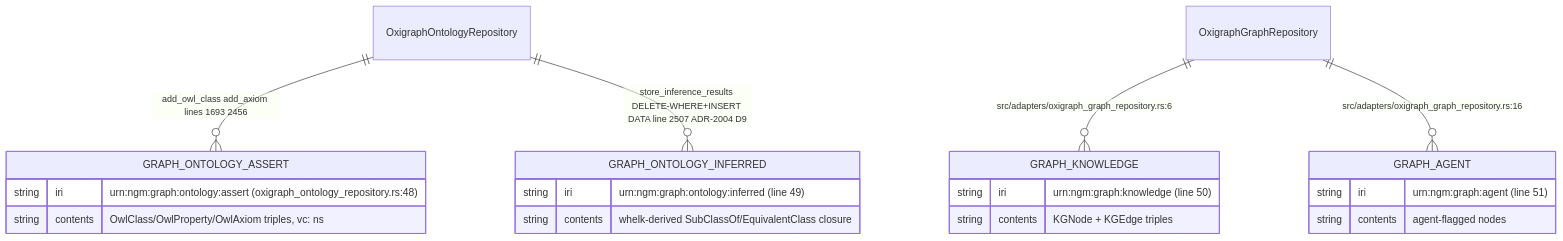
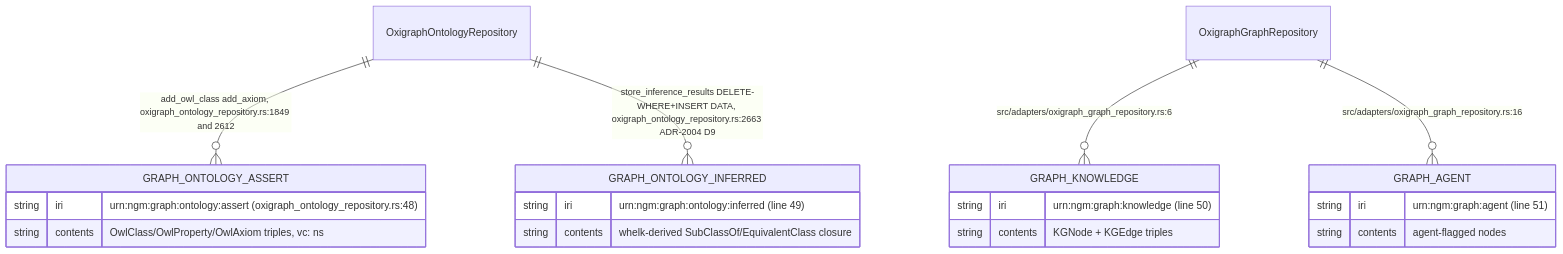
Before and after one commit to DreamLab-AI/VisionFlow: the second of 12 diagrams in docs/diagrams/visionclaw/20-ontology-pipeline-oxigraph-whelk.md, drawn with Mermaid. The commit also changed other lines of this file and 46 other files, not shown here.

Commit message:
docs(diagrams): re-verify VisionClaw topics at 809a859aa/a950f4d80 after the consolidation pass

````diff
--- a/docs/diagrams/visionclaw/20-ontology-pipeline-oxigraph-whelk.md
+++ b/docs/diagrams/visionclaw/20-ontology-pipeline-oxigraph-whelk.md
@@ -98,23 +102,23 @@
 ```mermaid
 erDiagram
     GRAPH_ONTOLOGY_ASSERT {
         string iri "urn:ngm:graph:ontology:assert (oxigraph_ontology_repository.rs:48)"
         string contents "OwlClass/OwlProperty/OwlAxiom triples, vc: ns"
     }
     GRAPH_ONTOLOGY_INFERRED {
         string iri "urn:ngm:graph:ontology:inferred (line 49)"
         string contents "whelk-derived SubClassOf/EquivalentClass closure"
     }
     GRAPH_KNOWLEDGE {
         string iri "urn:ngm:graph:knowledge (line 50)"
         string contents "KGNode + KGEdge triples"
     }
     GRAPH_AGENT {
         string iri "urn:ngm:graph:agent (line 51)"
         string contents "agent-flagged nodes"
     }
-    OxigraphOntologyRepository ||--o{ GRAPH_ONTOLOGY_ASSERT : "add_owl_class add_axiom lines 1693 2456"
-    OxigraphOntologyRepository ||--o{ GRAPH_ONTOLOGY_INFERRED : "store_inference_results DELETE-WHERE+INSERT DATA line 2507 ADR-2004 D9"
+    OxigraphOntologyRepository ||--o{ GRAPH_ONTOLOGY_ASSERT : "add_owl_class add_axiom, oxigraph_ontology_repository.rs:1849 and 2612"
+    OxigraphOntologyRepository ||--o{ GRAPH_ONTOLOGY_INFERRED : "store_inference_results DELETE-WHERE+INSERT DATA, oxigraph_ontology_repository.rs:2663 ADR-2004 D9"
     OxigraphGraphRepository ||--o{ GRAPH_KNOWLEDGE : "src/adapters/oxigraph_graph_repository.rs:6"
     OxigraphGraphRepository ||--o{ GRAPH_AGENT : "src/adapters/oxigraph_graph_repository.rs:16"
 ```
````
